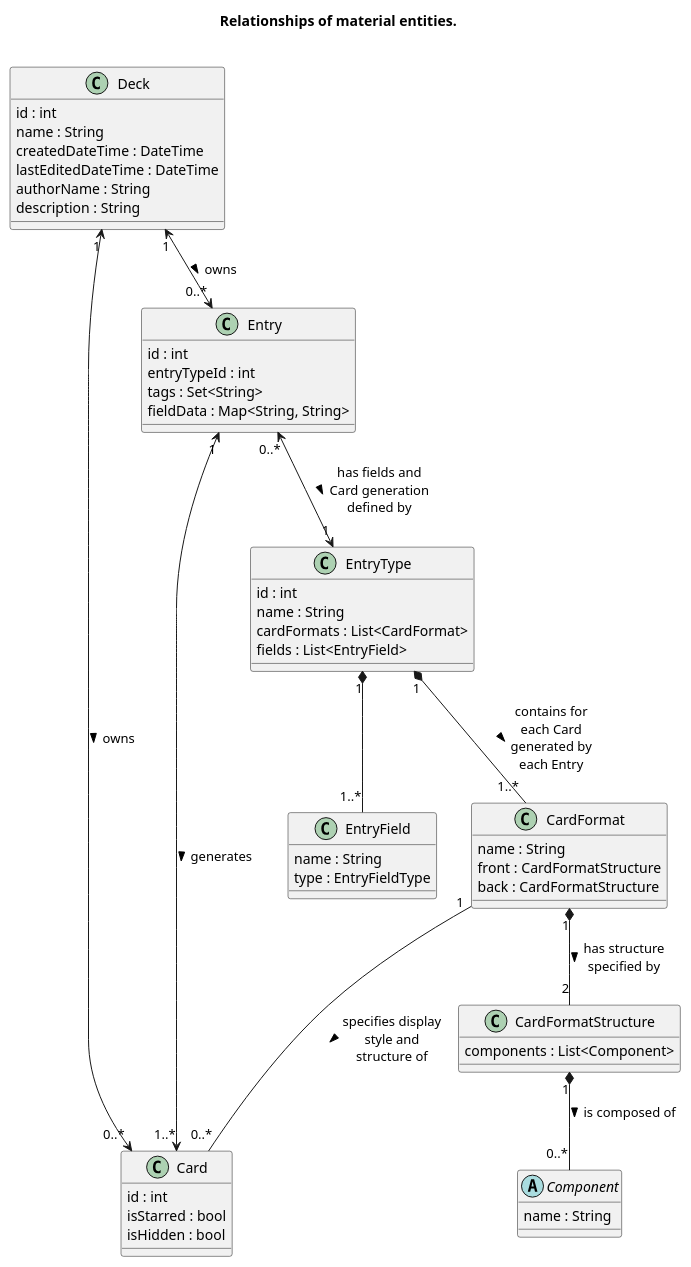
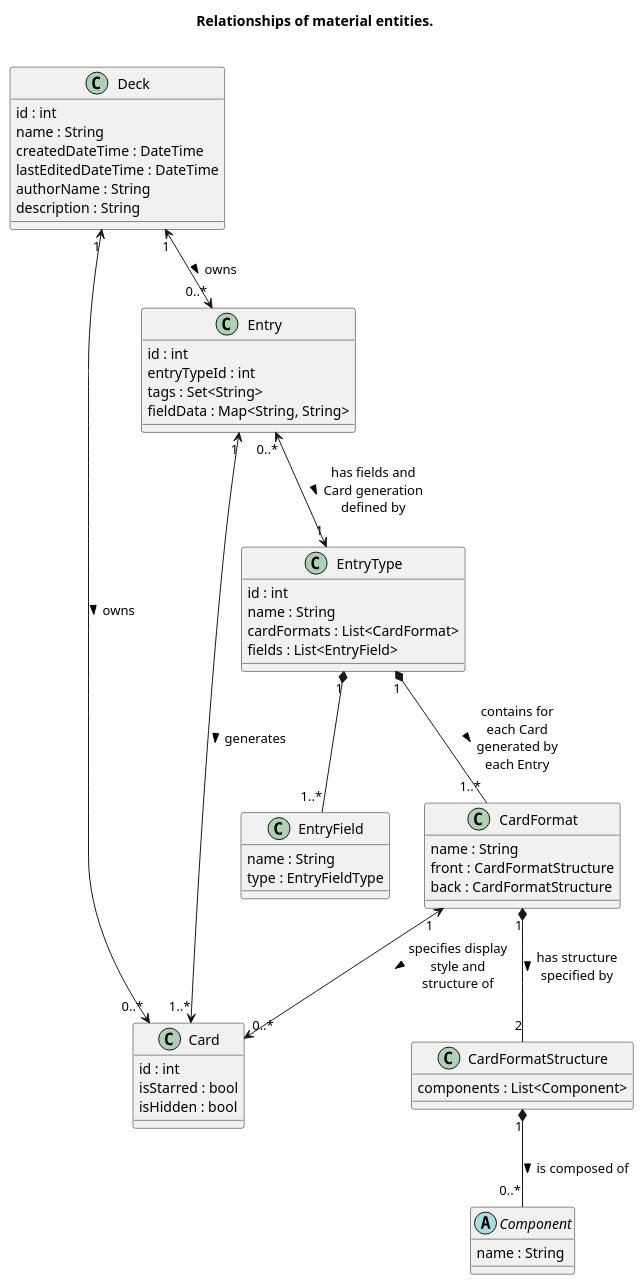
The diagram in puml/material_entities.puml (cervonwong/sona-flutter), drawn with PlantUML before and after one commit.

Commit message:
Docs(puml): Update navigability arrows

```diff
--- a/puml/material_entities.puml
+++ b/puml/material_entities.puml
@@ -1,61 +1,61 @@
 @startuml
 
 skinparam maxMessageSize 100
 skinparam shadowing false
 
 title Relationships of material entities.\n
 
 class Card {
 	id : int
 	isStarred : bool
 	isHidden : bool
 }
 class Entry {
 	id : int
 	entryTypeId : int
 	tags : Set<String>
 	fieldData : Map<String, String>
 }
 class Deck {
 	id : int
 	name : String
 	createdDateTime : DateTime
 	lastEditedDateTime : DateTime
 	authorName : String
 	description : String
 }
 
 Deck "1" <--> "0..*" Entry : owns >
 Entry "1" <--> "1..*" Card : generates >
 Deck "1" <--> "0..*" Card : owns >
 
 class EntryType {
 	id : int
 	name : String
 	cardFormats : List<CardFormat>
 	fields : List<EntryField>
 }
 class EntryField {
 	name : String
 	type : EntryFieldType
 }
 class CardFormat {
 	name : String
 	front : CardFormatStructure
 	back : CardFormatStructure
 }
 class CardFormatStructure {
 	components : List<Component>
 }
 abstract class Component {
 	name : String
 }
 
 Entry "0..*" <--> "1" EntryType : has fields and Card generation defined by >
 EntryType "1" *-- "1..*" CardFormat : contains for each Card generated by each Entry >
-CardFormat "1" --- "0..*" Card : specifies display style and structure of >
+CardFormat "1" <--> "0..*" Card : specifies display style and structure of >
 EntryType "1" *-- "1..*" EntryField
 CardFormat "1" *-- "2" CardFormatStructure : has structure specified by >
 CardFormatStructure "1" *-- "0..*" Component : is composed of >
 
 @enduml
```
